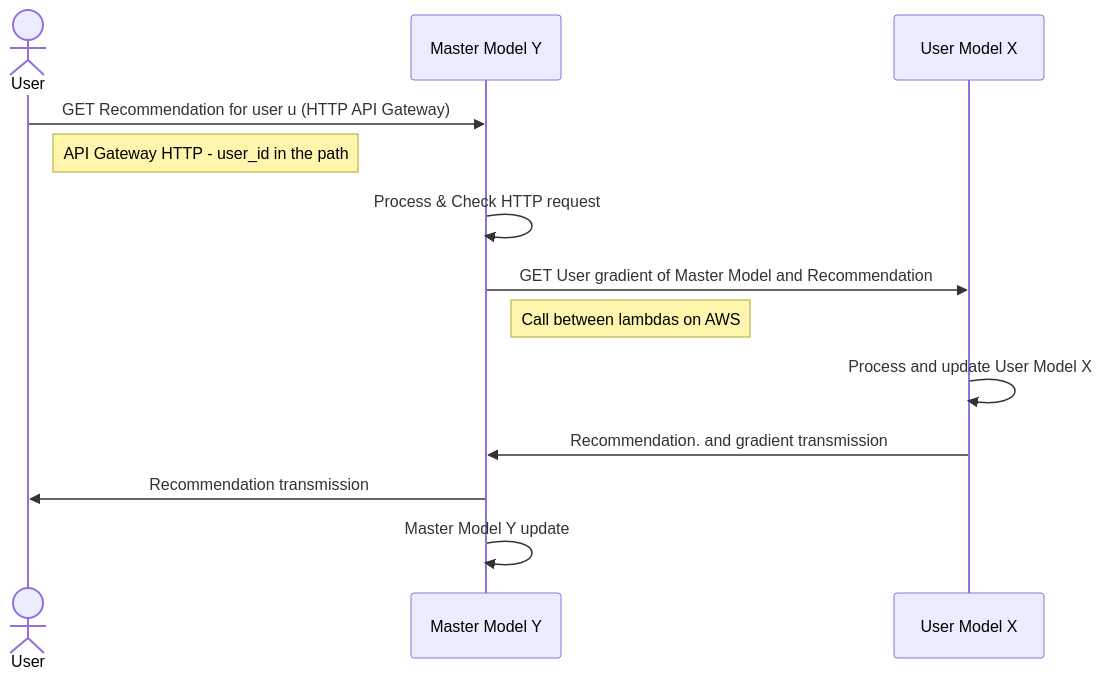
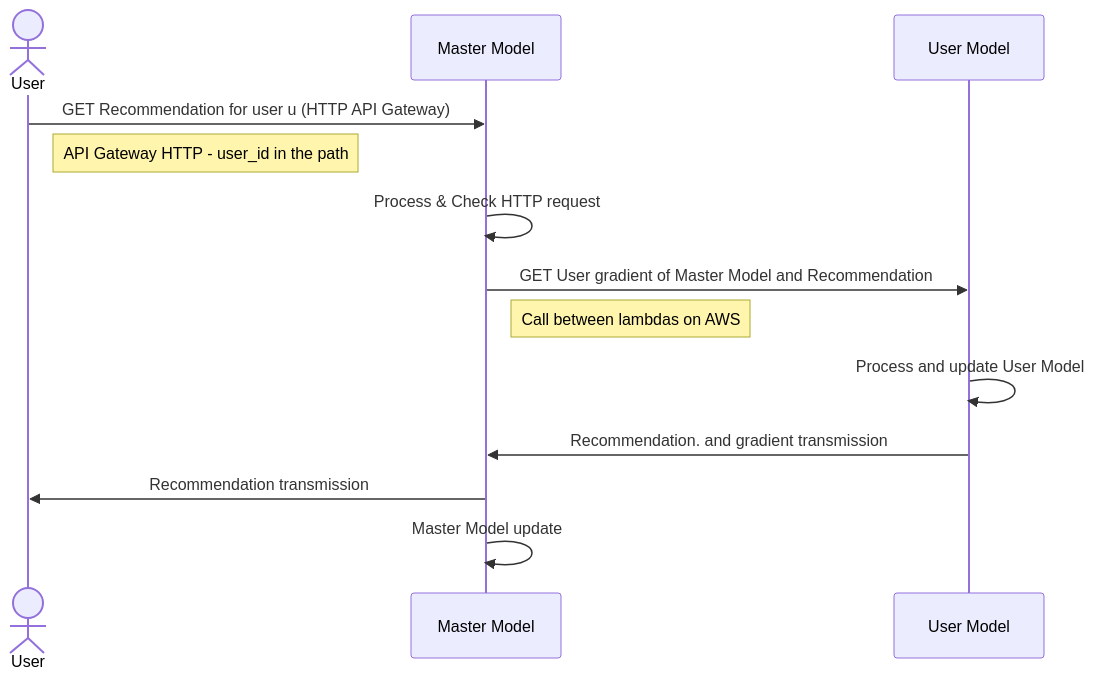
The first of 2 diagrams in recommender-system/README.md (AdrKacz/super-duper-guacamole), drawn with Mermaid before and after one commit. The commit also changed other lines of this file, not shown here.

````diff
--- a/recommender-system/README.md
+++ b/recommender-system/README.md
@@ -118,15 +118,15 @@
 ```mermaid
 sequenceDiagram
       actor User as User
-      participant Model as Master Model Y
-      participant Model2 as User Model X
+      participant Model as Master Model
+      participant Model2 as User Model
       User ->> Model: GET Recommendation for user u (HTTP API Gateway)
       Note right of User: API Gateway HTTP - user_id in the path
       Model ->> Model: Process & Check HTTP request
       Model ->> Model2: GET User gradient of Master Model and Recommendation
       Note right of Model: Call between lambdas on AWS
-      Model2 ->> Model2: Process and update User Model X
+      Model2 ->> Model2: Process and update User Model
       Model2 ->> Model: Recommendation. and gradient transmission
       Model ->> User: Recommendation transmission
-      Model ->> Model: Master Model Y update 
+      Model ->> Model: Master Model update 
 ```
````
